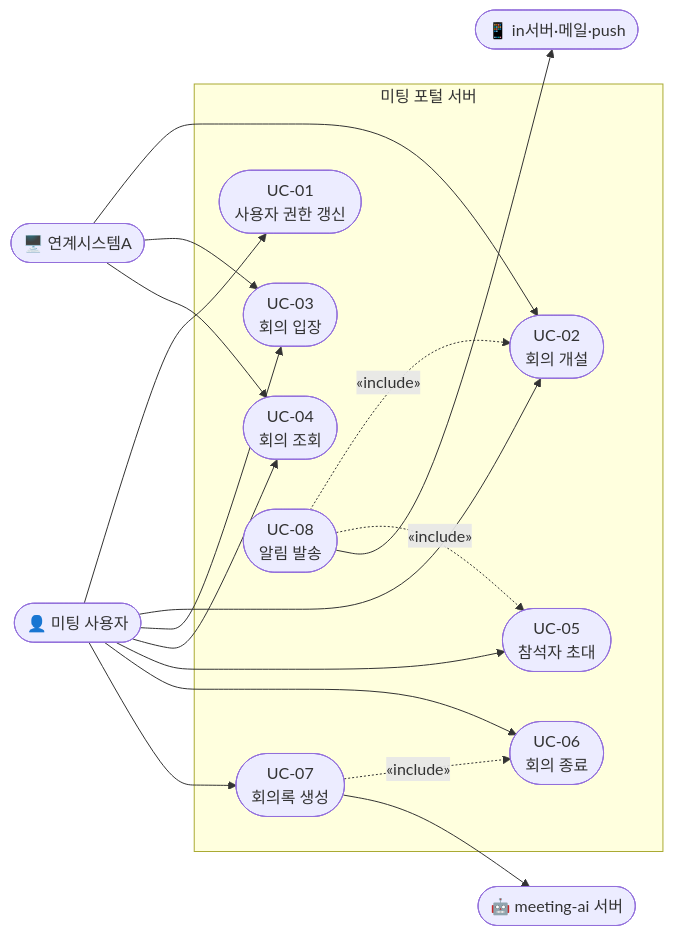
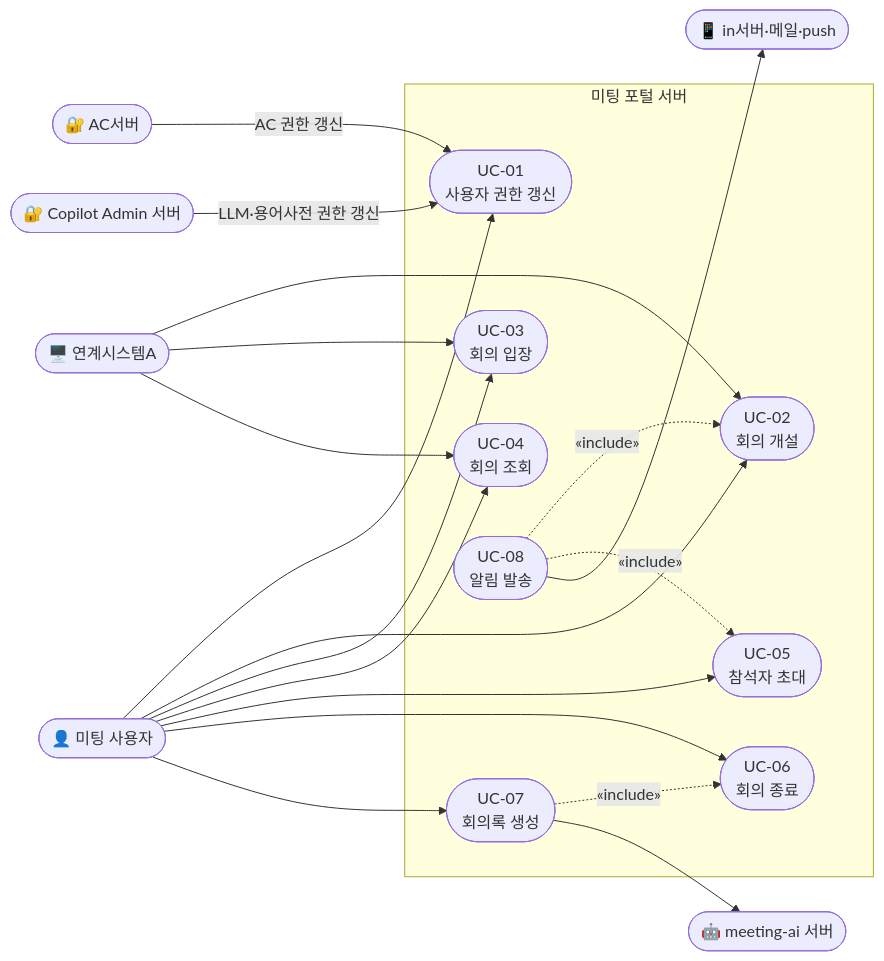
Before and after one commit to sujinnkim/A_Personal: the diagram in docs/03-requirements/2.1-functional/overview.md, drawn with Mermaid. The commit also changed other lines of this file, not shown here.

Commit message:
docs: 2.1 overview UC-01 AC서버·Copilot Admin 서버 연결 추가
- FR-01 설명에 각 서버로부터 권한을 받아오는 방향 명시
- 다이어그램에 AC서버, Copilot Admin 서버 노드 추가 및 UC-01 연결

````diff
--- a/docs/03-requirements/2.1-functional/overview.md
+++ b/docs/03-requirements/2.1-functional/overview.md
@@ -60,35 +60,39 @@
 ```mermaid
 graph LR
     User(["👤 미팅 사용자"])
     SysA(["🖥️ 연계시스템A"])
     InServer(["📱 in서버·메일·push"])
     MeetingAI(["🤖 meeting-ai 서버"])
+    ACServer(["🔐 AC서버"])
+    CopilotAdmin(["🔐 Copilot Admin 서버"])
 
     subgraph MeetingPortal["미팅 포털 서버"]
         UC01(["UC-01\n사용자 권한 갱신"])
         UC02(["UC-02\n회의 개설"])
         UC03(["UC-03\n회의 입장"])
         UC04(["UC-04\n회의 조회"])
         UC05(["UC-05\n참석자 초대"])
         UC06(["UC-06\n회의 종료"])
         UC07(["UC-07\n회의록 생성"])
         UC08(["UC-08\n알림 발송"])
     end
 
     User --> UC01
+    ACServer -->|"AC 권한 갱신"| UC01
+    CopilotAdmin -->|"LLM·용어사전 권한 갱신"| UC01
     User --> UC02
     User --> UC03
     User --> UC04
     User --> UC05
     User --> UC06
     User --> UC07
     SysA --> UC02
     SysA --> UC03
     SysA --> UC04
 
     UC07 -.->|"«include»"| UC06
     UC08 -.->|"«include»"| UC02
     UC08 -.->|"«include»"| UC05
     UC08 --> InServer
     UC07 --> MeetingAI
 ```
````
